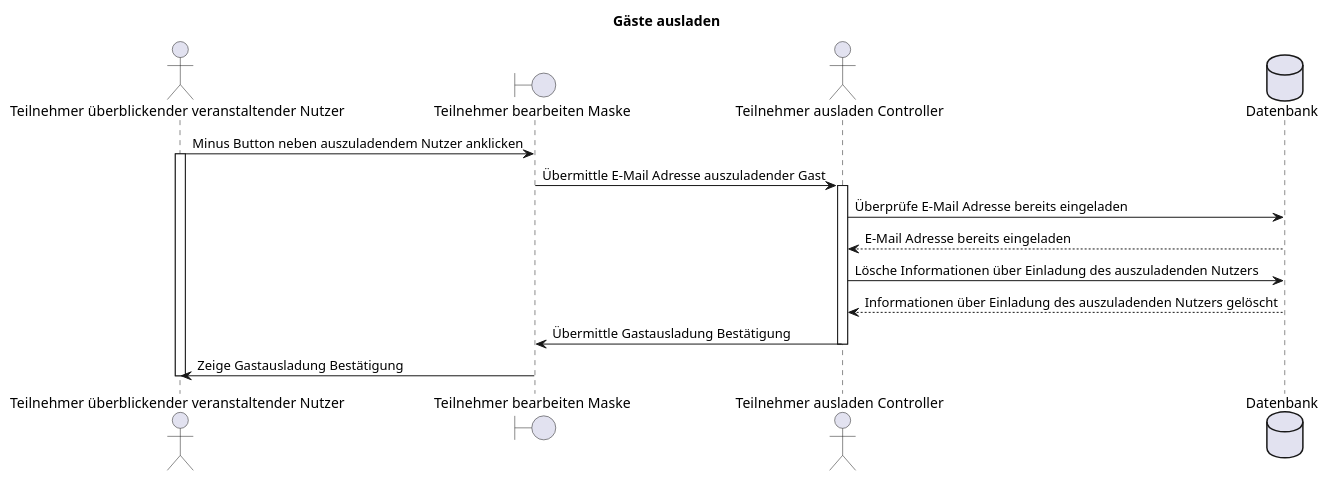
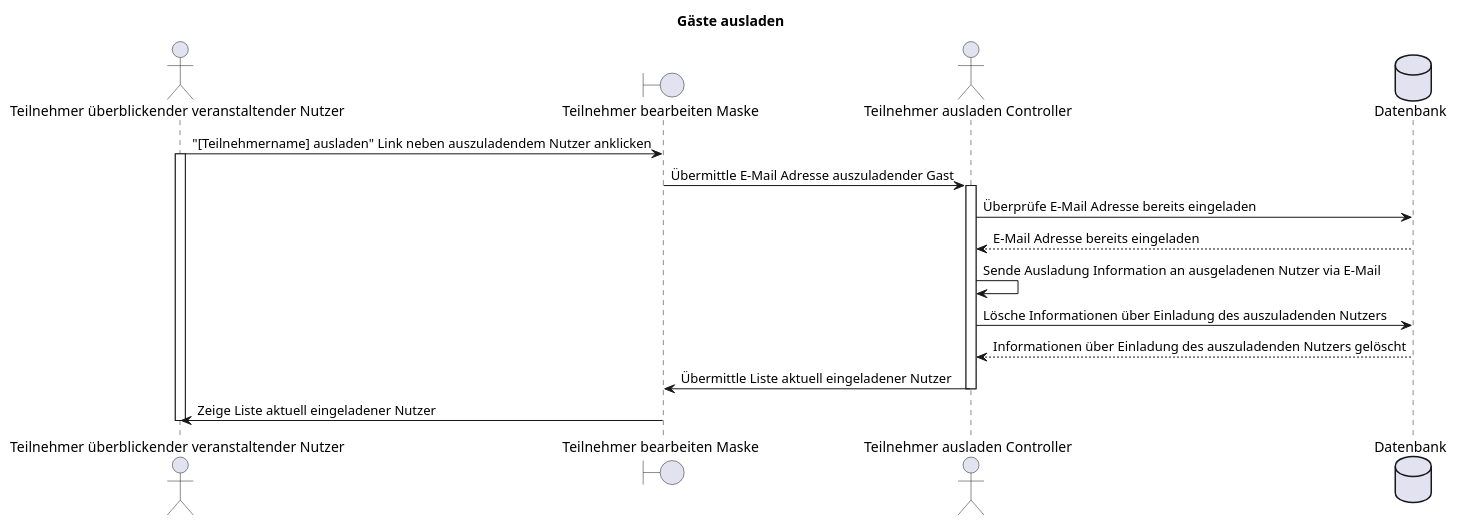
The diagram in docs/F005/F005_gaesteAusladen_seq.plantuml (party-time-2/party-time), drawn with PlantUML before and after one commit. The commit also changed 9 other files, not shown here.

Commit message:
F004, F005 and F006 diagrams overhaul

```diff
--- a/docs/F005/F005_gaesteAusladen_seq.plantuml
+++ b/docs/F005/F005_gaesteAusladen_seq.plantuml
@@ -1,23 +1,22 @@
 @startuml F005_gaesteAusladen_seq
 title "Gäste ausladen"
 
 actor "Teilnehmer überblickender veranstaltender Nutzer" as user
 boundary "Teilnehmer bearbeiten Maske" as editParticipantsMask
 actor "Teilnehmer ausladen Controller" as controller
 database "Datenbank" as db
 
-user -> editParticipantsMask: Minus Button neben auszuladendem Nutzer anklicken
+user -> editParticipantsMask: "[Teilnehmername] ausladen" Link neben auszuladendem Nutzer anklicken
 activate user
-'user -> editParticipantsMask: Bestätige Ausladen
 editParticipantsMask -> controller: Übermittle E-Mail Adresse auszuladender Gast
 activate controller
 controller -> db: Überprüfe E-Mail Adresse bereits eingeladen
 db --> controller: E-Mail Adresse bereits eingeladen
-'controller -> controller: Sende Ausladung Information an ausgeladenen Nutzer via E-Mail
+controller -> controller: Sende Ausladung Information an ausgeladenen Nutzer via E-Mail
 controller -> db: Lösche Informationen über Einladung des auszuladenden Nutzers
 db --> controller: Informationen über Einladung des auszuladenden Nutzers gelöscht
-controller -> editParticipantsMask: Übermittle Gastausladung Bestätigung
+controller -> editParticipantsMask: Übermittle Liste aktuell eingeladener Nutzer
 deactivate controller
-editParticipantsMask -> user: Zeige Gastausladung Bestätigung
+editParticipantsMask -> user: Zeige Liste aktuell eingeladener Nutzer
 deactivate user
 @enduml
```
